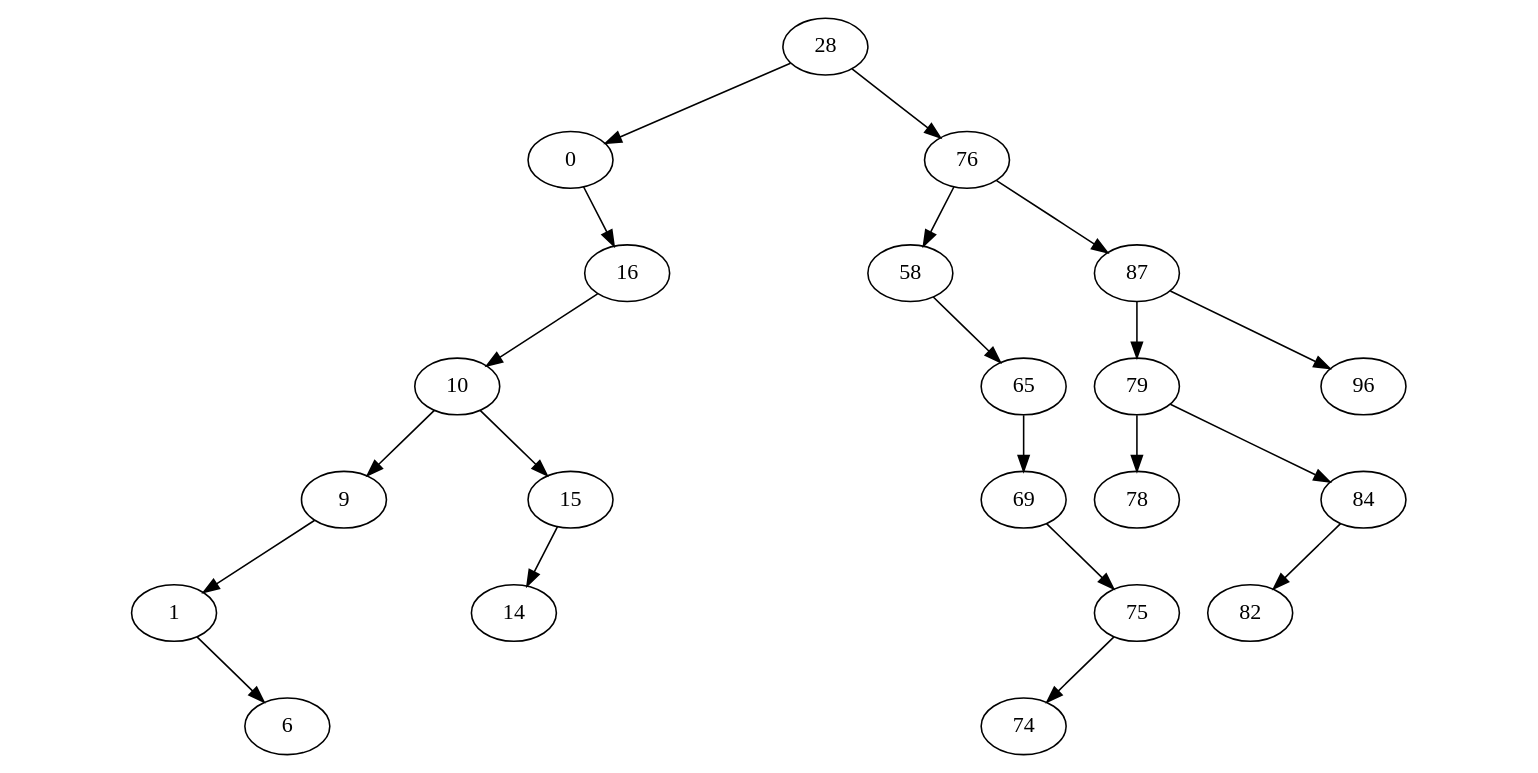
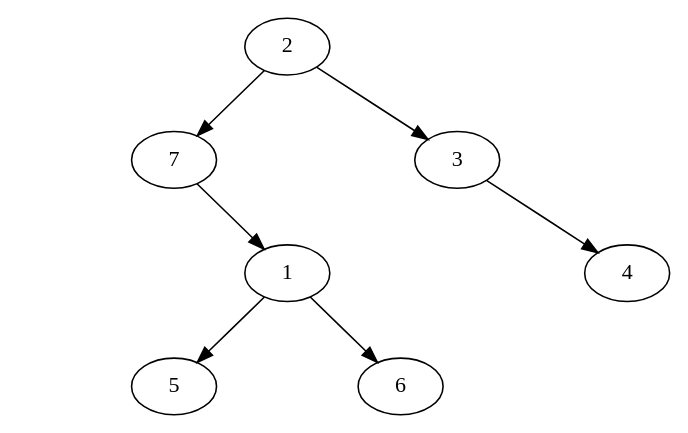
One commit to fabricenativel/cpge-info changed the diagram in docs/mp2i/files/C12/temp.gv. Above: the diagram before and after it, drawn with Graphviz. The commit also changed 33 other files, not shown here.

```diff
--- a/docs/mp2i/files/C12/temp.gv
+++ b/docs/mp2i/files/C12/temp.gv
@@ -1,72 +1,20 @@
 digraph mygraph {
-28 -> 0
+2 -> 7
 I0 [style=invis]
- 28 -> I0 [style=invis]
-28 -> 76
+ 2 -> I0 [style=invis]
+2 -> 3
 I1 [style=invis]
- 0 -> I1 [style=invis]
+ 7 -> I1 [style=invis]
 I2 [style=invis]
- 0 -> I2 [style=invis]
-0 -> 16
-16 -> 10
+ 7 -> I2 [style=invis]
+7 -> 1
+1 -> 5
 I3 [style=invis]
- 16 -> I3 [style=invis]
+ 1 -> I3 [style=invis]
+1 -> 6
 I4 [style=invis]
- 16 -> I4 [style=invis]
-10 -> 9
+ 3 -> I4 [style=invis]
 I5 [style=invis]
- 10 -> I5 [style=invis]
-10 -> 15
-9 -> 1
-I6 [style=invis]
- 9 -> I6 [style=invis]
-I7 [style=invis]
- 9 -> I7 [style=invis]
-I8 [style=invis]
- 1 -> I8 [style=invis]
-I9 [style=invis]
- 1 -> I9 [style=invis]
-1 -> 6
-15 -> 14
-I10 [style=invis]
- 15 -> I10 [style=invis]
-I11 [style=invis]
- 15 -> I11 [style=invis]
-76 -> 58
-I12 [style=invis]
- 76 -> I12 [style=invis]
-76 -> 87
-I13 [style=invis]
- 58 -> I13 [style=invis]
-I14 [style=invis]
- 58 -> I14 [style=invis]
-58 -> 65
-I15 [style=invis]
- 65 -> I15 [style=invis]
-I16 [style=invis]
- 65 -> I16 [style=invis]
-65 -> 69
-I17 [style=invis]
- 69 -> I17 [style=invis]
-I18 [style=invis]
- 69 -> I18 [style=invis]
-69 -> 75
-75 -> 74
-I19 [style=invis]
- 75 -> I19 [style=invis]
-I20 [style=invis]
- 75 -> I20 [style=invis]
-87 -> 79
-I21 [style=invis]
- 87 -> I21 [style=invis]
-87 -> 96
-79 -> 78
-I22 [style=invis]
- 79 -> I22 [style=invis]
-79 -> 84
-84 -> 82
-I23 [style=invis]
- 84 -> I23 [style=invis]
-I24 [style=invis]
- 84 -> I24 [style=invis]
+ 3 -> I5 [style=invis]
+3 -> 4
 }
```
